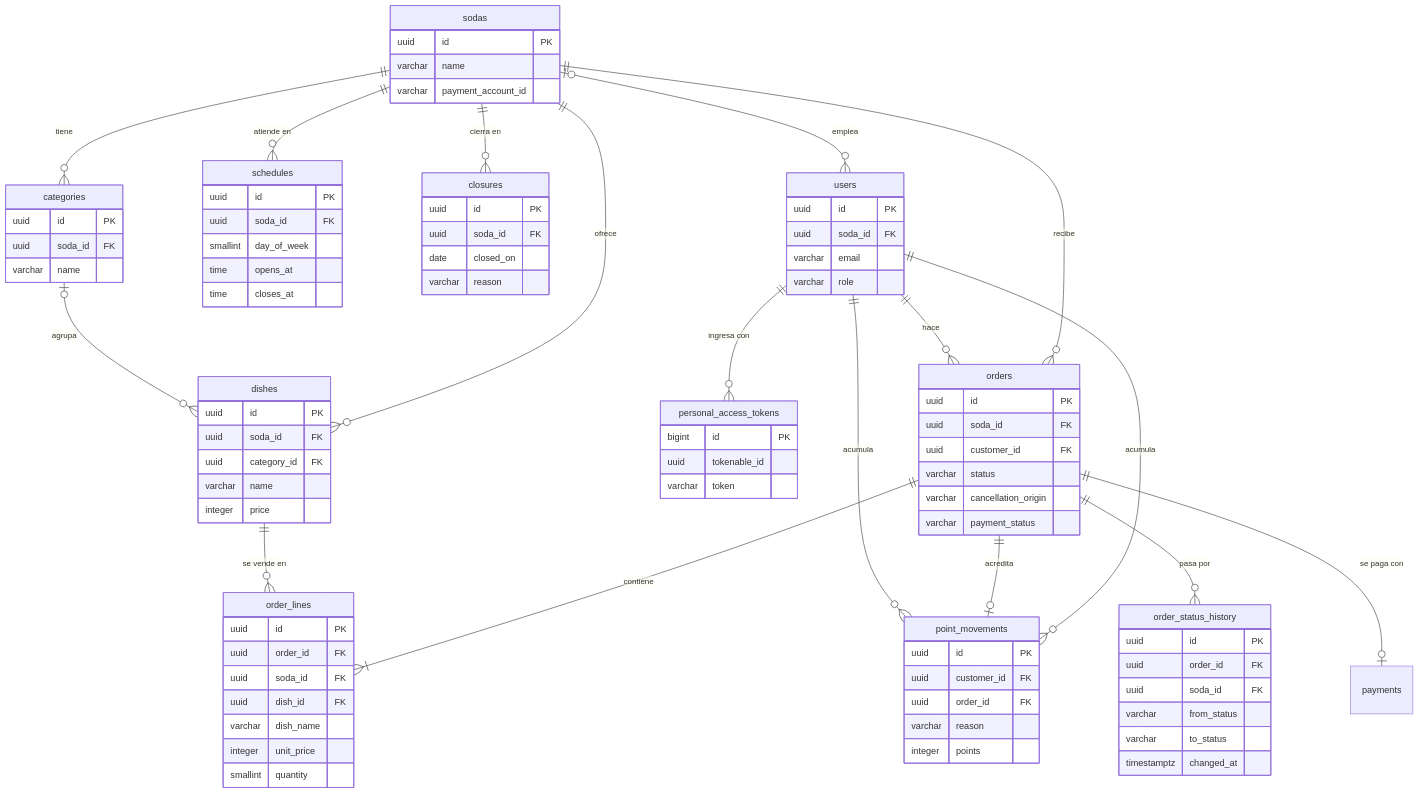
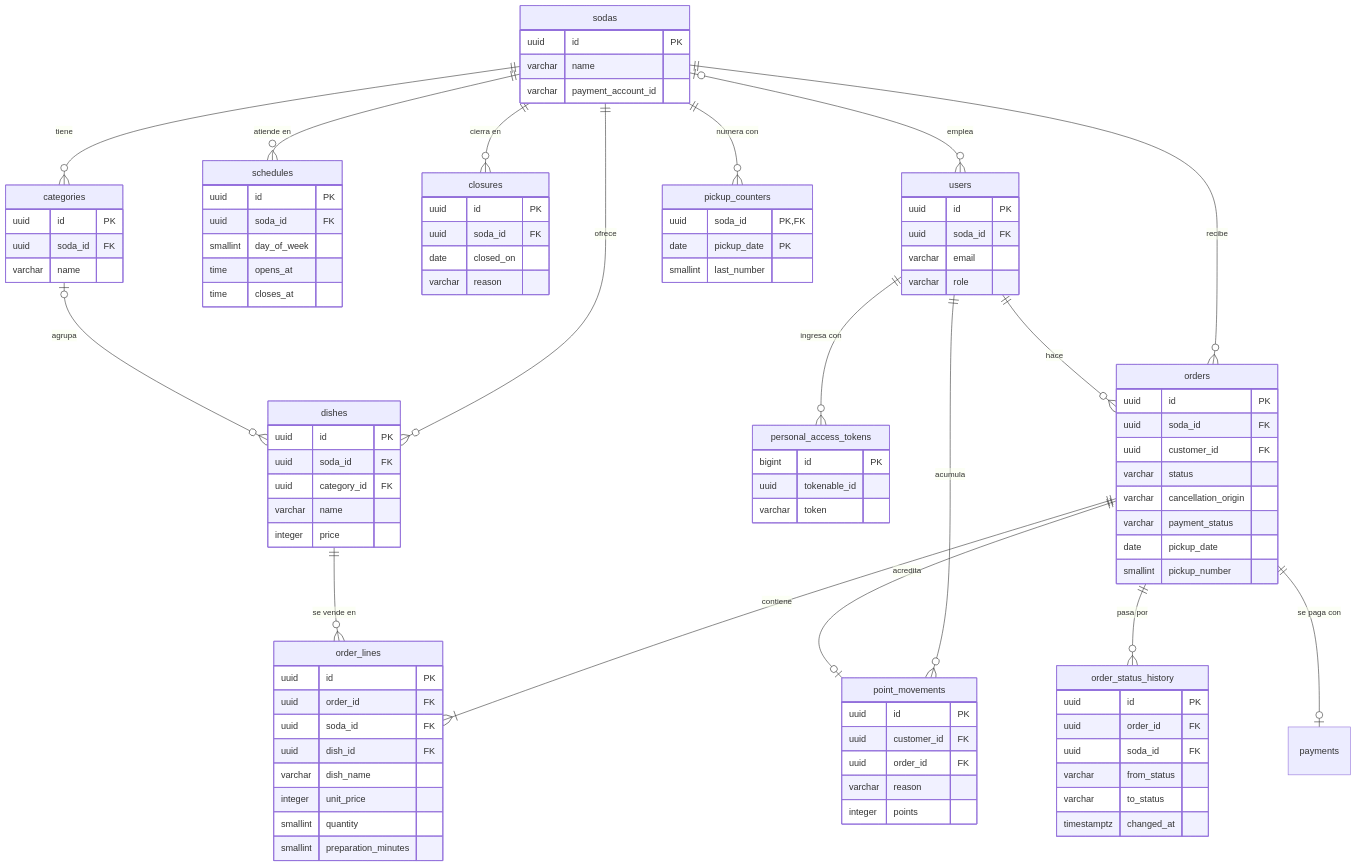
One commit to BryanChavesSalas/SodaYa-Hexagonal changed the diagram in docs/data-model.md. Above: the diagram before and after it, drawn with Mermaid. The commit also changed other lines of this file and 3 other files, not shown here.

First line of the commit message:
docs: describe the pickup number and the estimated pickup time

```diff
--- a/docs/data-model.md
+++ b/docs/data-model.md
@@ -23,7 +23,7 @@
     dishes ||--o{ order_lines : "se vende en"
     orders ||--o{ order_status_history : "pasa por"
     orders ||--o| payments : "se paga con"
-    users ||--o{ point_movements : "acumula"
+    sodas ||--o{ pickup_counters : "numera con"
 
     sodas {
         uuid id PK
@@ -80,6 +80,8 @@
         varchar status
         varchar cancellation_origin
         varchar payment_status
+        date pickup_date
+        smallint pickup_number
     }
     order_lines {
         uuid id PK
@@ -89,7 +91,14 @@
         varchar dish_name
         integer unit_price
         smallint quantity
-    }    order_status_history {
+        smallint preparation_minutes
+    }
+    pickup_counters {
+        uuid soda_id PK, FK
+        date pickup_date PK
+        smallint last_number
+    }
+    order_status_history {
         uuid id PK
         uuid order_id FK
         uuid soda_id FK
```
